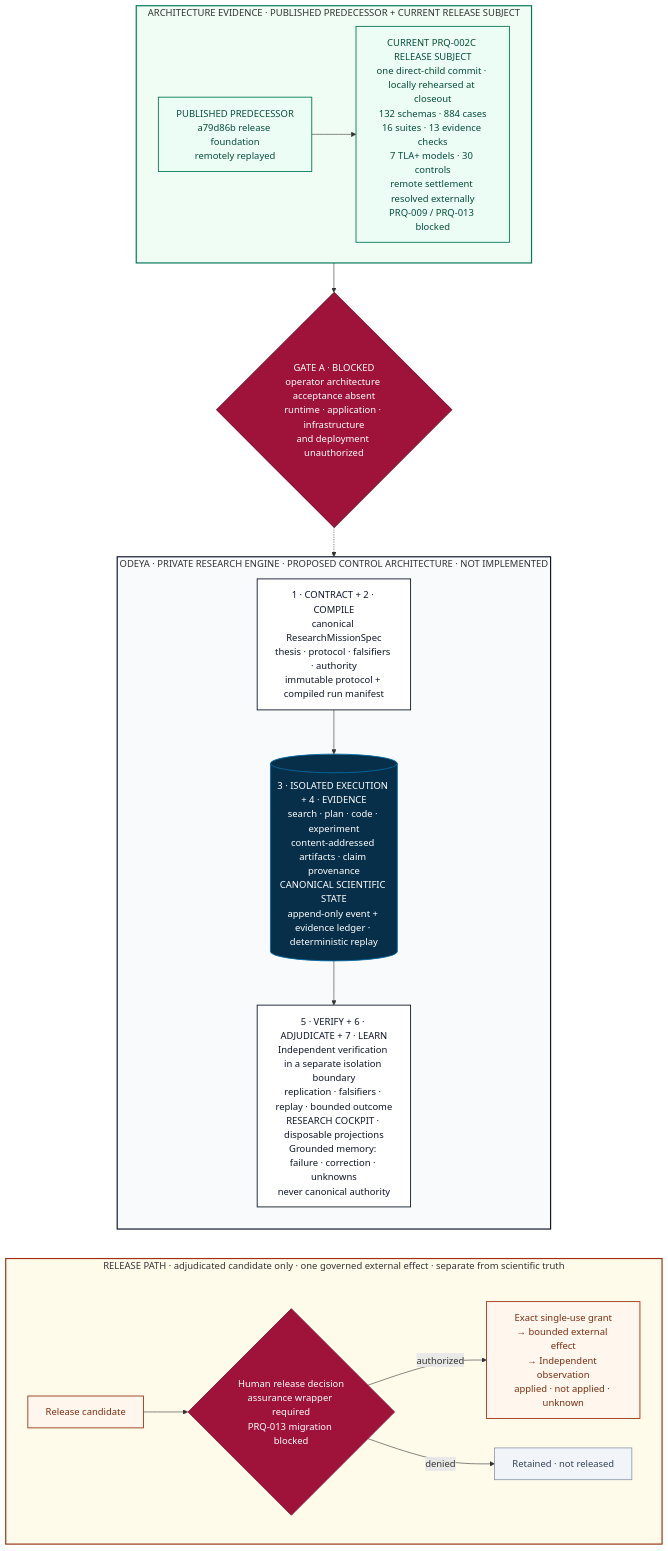
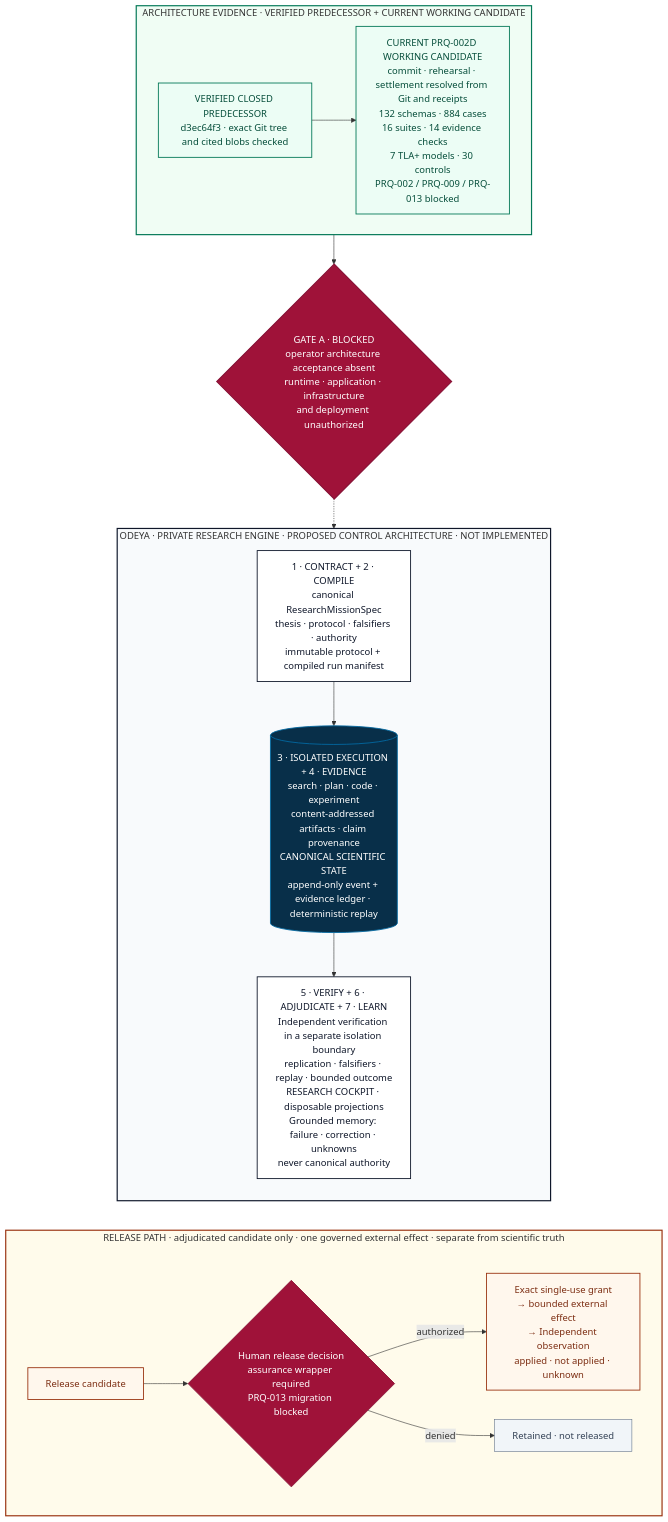
Before and after one commit to manfromnowhere143/odeya: the diagram in README.md, drawn with Mermaid. The commit also changed other lines of this file and 46 other files, not shown here.

Commit message:
architecture: retain bounded prehash registry replay evidence

````diff
--- a/README.md
+++ b/README.md
@@ -25,54 +25,54 @@
 ```mermaid
 flowchart TB
-    subgraph F["ARCHITECTURE EVIDENCE · PUBLISHED PREDECESSOR + CURRENT RELEASE SUBJECT"]
+    subgraph F["ARCHITECTURE EVIDENCE · VERIFIED PREDECESSOR + CURRENT WORKING CANDIDATE"]
         direction LR
-        F4["PUBLISHED PREDECESSOR<br/>a79d86b release foundation<br/>remotely replayed"]
-        F1["CURRENT PRQ-002C RELEASE SUBJECT<br/>one direct-child commit · locally rehearsed at closeout<br/>132 schemas · 884 cases<br/>16 suites · 13 evidence checks<br/>7 TLA+ models · 30 controls<br/>remote settlement resolved externally<br/>PRQ-009 / PRQ-013 blocked"]
+        F4["VERIFIED CLOSED PREDECESSOR<br/>d3ec64f3 · exact Git tree and cited blobs checked"]
+        F1["CURRENT PRQ-002D WORKING CANDIDATE<br/>commit · rehearsal · settlement resolved from Git and receipts<br/>132 schemas · 884 cases<br/>16 suites · 14 evidence checks<br/>7 TLA+ models · 30 controls<br/>PRQ-002 / PRQ-009 / PRQ-013 blocked"]
         F4 --> F1
     end
 
     GA{"GATE A · BLOCKED<br/>operator architecture acceptance absent<br/>runtime · application · infrastructure<br/>and deployment unauthorized"}
     F1 --> GA
 
     subgraph R["ODEYA · PRIVATE RESEARCH ENGINE · PROPOSED CONTROL ARCHITECTURE · NOT IMPLEMENTED"]
         direction TB
         C["1 · CONTRACT + 2 · COMPILE<br/>canonical ResearchMissionSpec<br/>thesis · protocol · falsifiers · authority<br/>immutable protocol + compiled run manifest"]
         K[("3 · ISOLATED EXECUTION + 4 · EVIDENCE<br/>search · plan · code · experiment<br/>content-addressed artifacts · claim provenance<br/>CANONICAL SCIENTIFIC STATE<br/>append-only event + evidence ledger · deterministic replay")]
         V["5 · VERIFY + 6 · ADJUDICATE + 7 · LEARN<br/>Independent verification in a separate isolation boundary<br/>replication · falsifiers · replay · bounded outcome<br/>RESEARCH COCKPIT · disposable projections<br/>Grounded memory: failure · correction · unknowns<br/>never canonical authority"]
         C --> K --> V
     end
 
     subgraph X["RELEASE PATH · adjudicated candidate only · one governed external effect · separate from scientific truth"]
         direction LR
         RC["Release candidate"]
         H{"Human release decision<br/>assurance wrapper required<br/>PRQ-013 migration blocked"}
         G["Exact single-use grant<br/>→ bounded external effect<br/>→ Independent observation<br/>applied · not applied · unknown"]
         N["Retained · not released"]
         RC --> H
         H -->|authorized| G
         H -->|denied| N
     end
 
     GA -.-> C
     R ~~~ X
 
     classDef retained fill:#ECFDF5,stroke:#047857,stroke-width:1.5px,color:#064E3B
     classDef blocked fill:#9F1239,stroke:#881337,stroke-width:2px,color:#FFFFFF
     classDef core fill:#FFFFFF,stroke:#0F172A,stroke-width:1.5px,color:#0F172A
     classDef evidence fill:#E0F2FE,stroke:#0369A1,stroke-width:1.5px,color:#0C4A6E
     classDef state fill:#082F49,stroke:#0369A1,stroke-width:1.5px,color:#FFFFFF
     classDef decision fill:#0F172A,stroke:#0F172A,stroke-width:1.5px,color:#FFFFFF
     classDef release fill:#FFF7ED,stroke:#9A3412,stroke-width:1.5px,color:#7C2D12
     classDef releaseGate fill:#9F1239,stroke:#881337,stroke-width:1.5px,color:#FFFFFF
     classDef quiet fill:#F1F5F9,stroke:#64748B,stroke-width:1px,color:#334155
     class F1,F4 retained
     class GA blocked
     class C,V core
     class K state
     class RC,G release
     class H releaseGate
     class N quiet
     style F fill:#F0FDF4,stroke:#047857,stroke-width:2px
     style R fill:#F8FAFC,stroke:#0F172A,stroke-width:2px
     style X fill:#FFFBEB,stroke:#9A3412,stroke-width:2px
 ```
````
